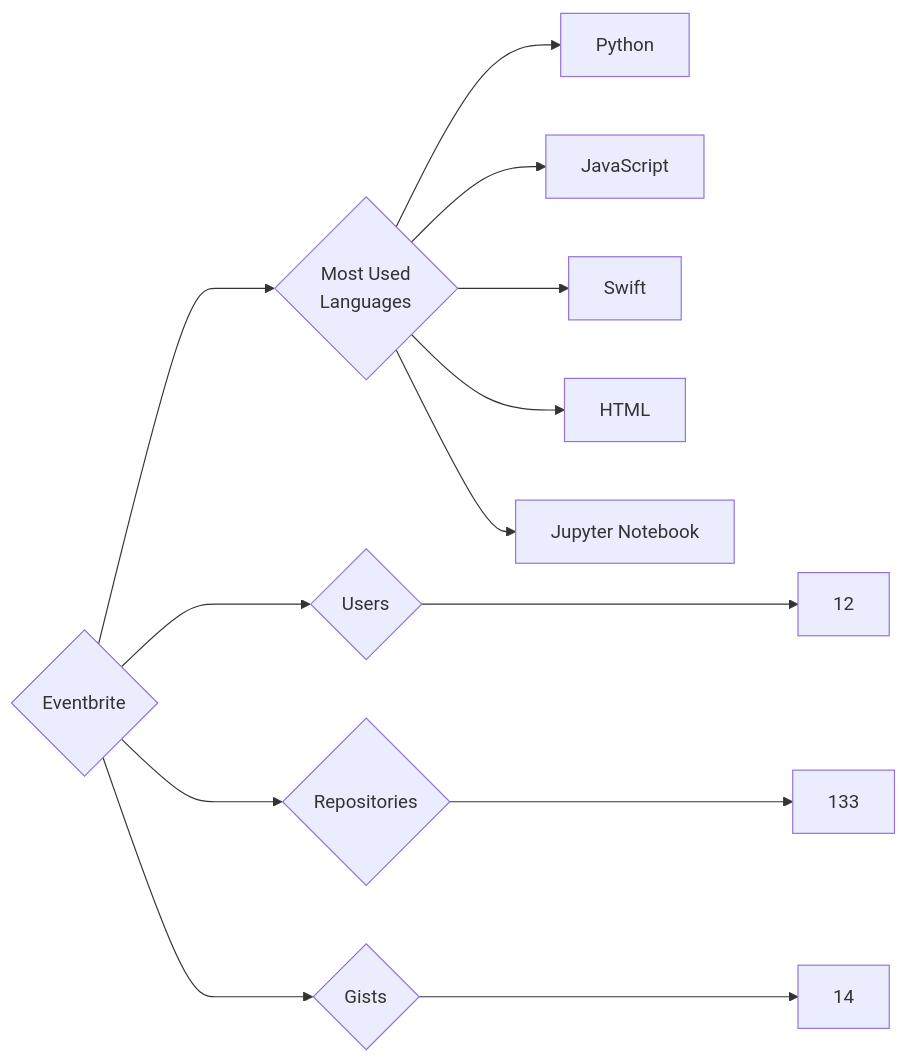
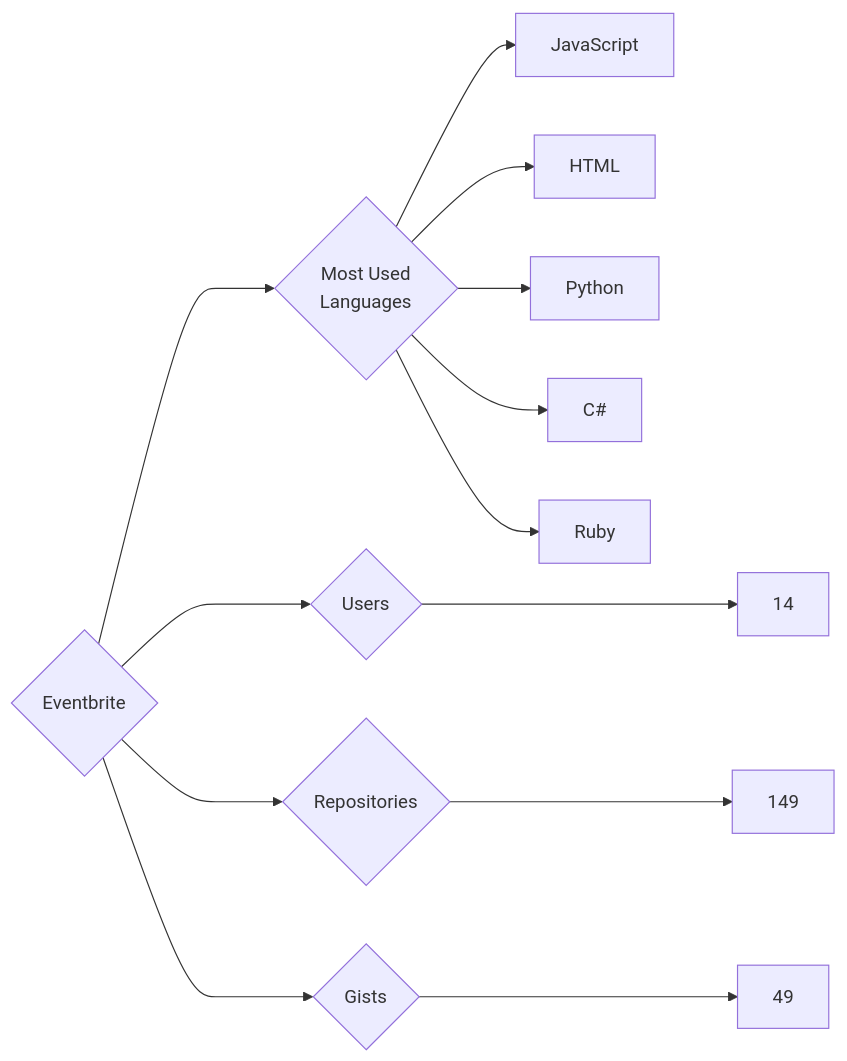
Before and after one commit to trickest/insiders: the diagram in targets/Eventbrite/README.md, drawn with Mermaid. The commit also changed 699 other files, not shown here.

````diff
--- a/targets/Eventbrite/README.md
+++ b/targets/Eventbrite/README.md
@@ -3,13 +3,13 @@
 ```mermaid
 graph LR
 COMPANY_NAME{Eventbrite}
-COMPANY_NAME ---> U{Users} ---> UN[12]
-COMPANY_NAME ---> R{Repositories} ---> RN[133]
-COMPANY_NAME ---> G{Gists} ---> GN[14]
+COMPANY_NAME ---> U{Users} ---> UN[14]
+COMPANY_NAME ---> R{Repositories} ---> RN[149]
+COMPANY_NAME ---> G{Gists} ---> GN[49]
 COMPANY_NAME ---> ML{Most Used<br>Languages}
+ML --> JavaScript[JavaScript]
+ML --> HTML[HTML]
 ML --> Python[Python]
-ML --> JavaScript[JavaScript]
-ML --> Swift[Swift]
-ML --> HTML[HTML]
-ML --> Jupyter_Notebook[Jupyter Notebook]
+ML --> C#[C#]
+ML --> Ruby[Ruby]
 ```
````
